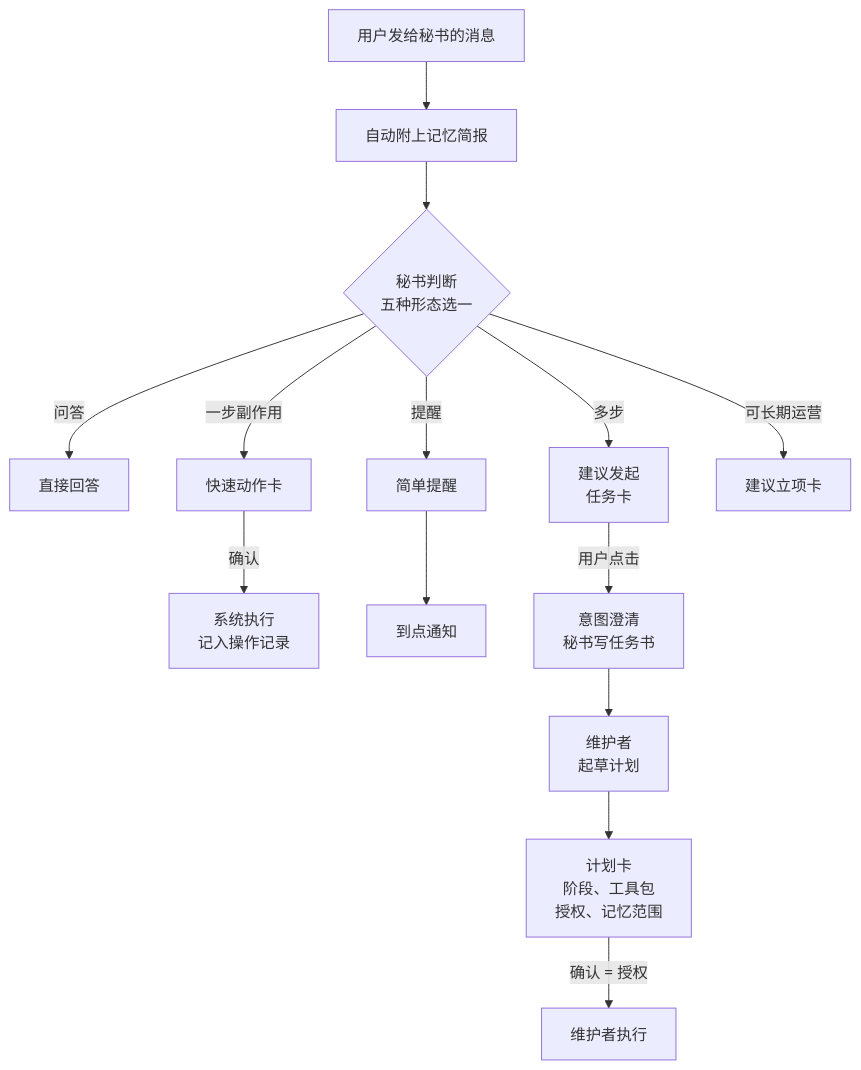
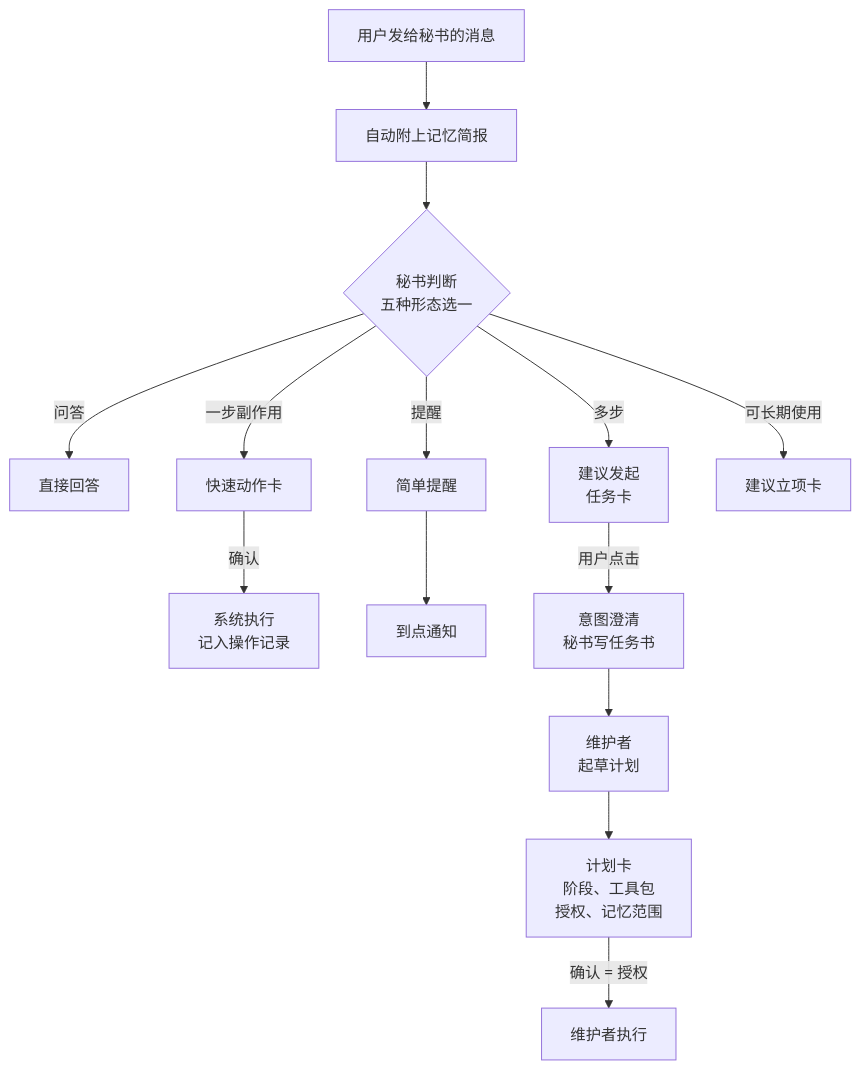
Before and after one commit to catmaniii/ergo: the third of 9 diagrams in README.md, drawn with Mermaid. The commit also changed other lines of this file and 40 other files, not shown here.

````diff
--- a/README.md
+++ b/README.md
@@ -139,16 +139,16 @@
 ```mermaid
 flowchart TB
     MSG["用户发给秘书的消息"] --> BR["自动附上记忆简报"]
     BR --> JUDGE{"秘书判断<br/>五种形态选一"}
     JUDGE -->|"问答"| ANS["直接回答"]
     JUDGE -->|"一步副作用"| QA["快速动作卡"]
     JUDGE -->|"提醒"| RM["简单提醒"]
     JUDGE -->|"多步"| SUG["建议发起<br/>任务卡"]
-    JUDGE -->|"可长期运营"| SUGP["建议立项卡"]
+    JUDGE -->|"可长期使用"| SUGP["建议立项卡"]
     QA -->|"确认"| EXEC["系统执行<br/>记入操作记录"]
     RM --> SCH["到点通知"]
     SUG -->|"用户点击"| START["意图澄清<br/>秘书写任务书"]
     START --> DRAFT["维护者<br/>起草计划"]
     DRAFT --> PLAN["计划卡<br/>阶段、工具包<br/>授权、记忆范围"]
     PLAN -->|"确认 = 授权"| RUN["维护者执行"]
 ```
````
